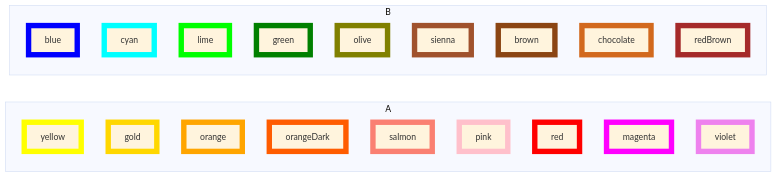
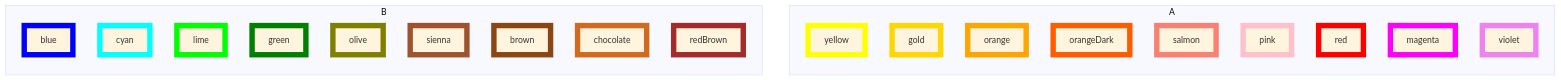
The second of 2 diagrams in files/fill-and-stroke-colors.md (Ee-Cs/Ee-Cs.github.io), drawn with Mermaid (base theme) before and after one commit.

````diff
--- a/files/fill-and-stroke-colors.md
+++ b/files/fill-and-stroke-colors.md
@@ -28,46 +28,46 @@
 ```mermaid
-flowchart LR
+flowchart TB
 subgraph A
-    direction TD
+    direction TB
     yellow:::yellow
     gold:::gold
     orange:::orange
     orangeDark:::orangeDark
     salmon:::salmon
     pink:::pink
     red:::red
     magenta:::magenta
     violet:::violet
 end
 subgraph B
-    direction TD
+    direction TB
     blue:::blue
     cyan:::cyan
     lime:::lime
     green:::green
     olive:::olive
     sienna:::sienna
     brown:::brown
     chocolate:::chocolate
     redBrown:::redBrown
 end
 %% Styles
     classDef brown stroke:saddlebrown,stroke-width:10px
     classDef blue stroke:blue,stroke-width:10px
     classDef chocolate stroke:chocolate,stroke-width:10px
     classDef cyan stroke:cyan,stroke-width:10px
     classDef gold stroke:gold,stroke-width:10px
     classDef green stroke:green,stroke-width:10px
     classDef lime stroke:lime,stroke-width:10px
     classDef magenta stroke:magenta,stroke-width:10px
     classDef olive stroke:olive,stroke-width:10px
     classDef orange stroke:orange,stroke-width:10px
     classDef orangeDark stroke:#FF5C00,stroke-width:10px
     classDef pink stroke:pink,stroke-width:10px
     classDef red stroke:red,stroke-width:10px
     classDef redBrown stroke:brown,stroke-width:10px
     classDef salmon stroke:salmon,stroke-width:10px
     classDef sienna stroke:sienna,stroke-width:10px
     classDef violet stroke:violet,stroke-width:10px
     classDef yellow stroke:yellow,stroke-width:10px
 ```
````
